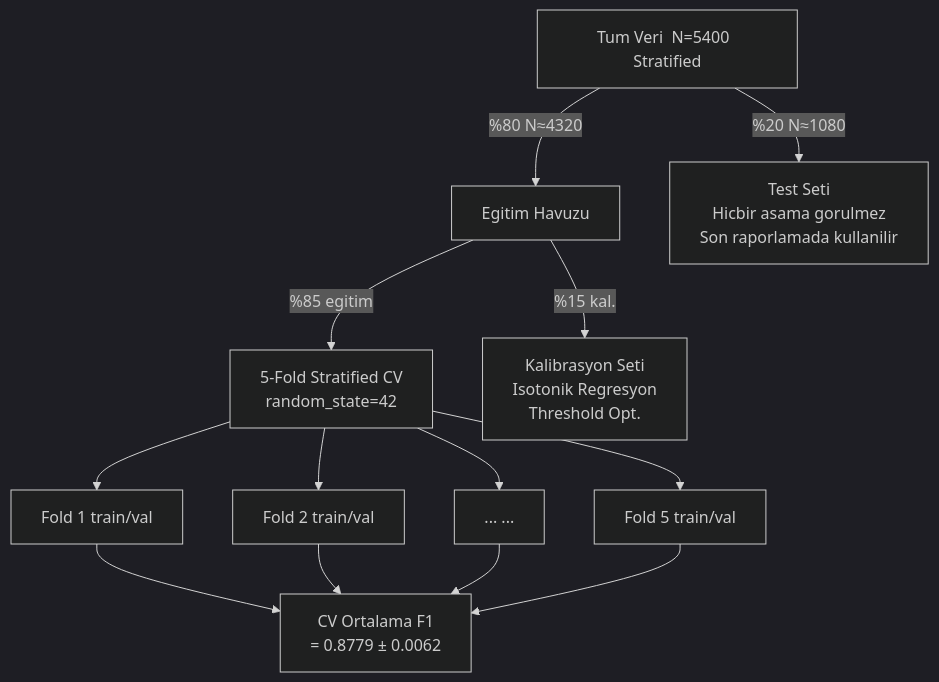
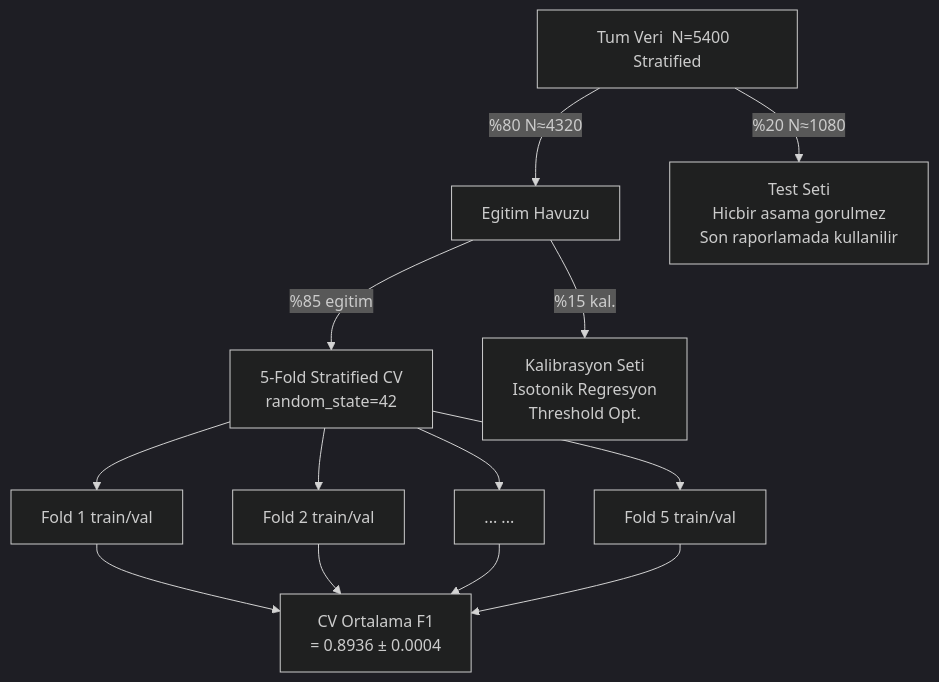
Diagram 11 of 16 in README.md (msgxr/VARIANT-GNN), drawn with Mermaid (dark theme) before and after one commit. The commit also changed other lines of this file and 24 other files, not shown here.

````diff
--- a/README.md
+++ b/README.md
@@ -491,20 +491,20 @@
 ```mermaid
 flowchart TD
     ALL["Tum Veri  N=5400  Stratified"]
 
     ALL -- "%80  N≈4320" --> TRAIN["Egitim Havuzu"]
     ALL -- "%20  N≈1080" --> TEST["Test Seti\nHicbir asama gorulmez\nSon raporlamada kullanilir"]
 
     TRAIN -- "%85 egitim" --> CV["5-Fold Stratified CV\nrandom_state=42"]
     TRAIN -- "%15 kal." --> CAL["Kalibrasyon Seti\nIsotonik Regresyon\nThreshold Opt."]
 
     CV --> F1["Fold 1  train/val"]
     CV --> F2["Fold 2  train/val"]
     CV --> F3["...  ..."]
     CV --> F5["Fold 5  train/val"]
 
-    F1 --> AVG["CV Ortalama F1\n= 0.8779 ± 0.0062"]
+    F1 --> AVG["CV Ortalama F1\n= 0.8936 ± 0.0004"]
     F2 --> AVG
     F3 --> AVG
     F5 --> AVG
 ```
````
